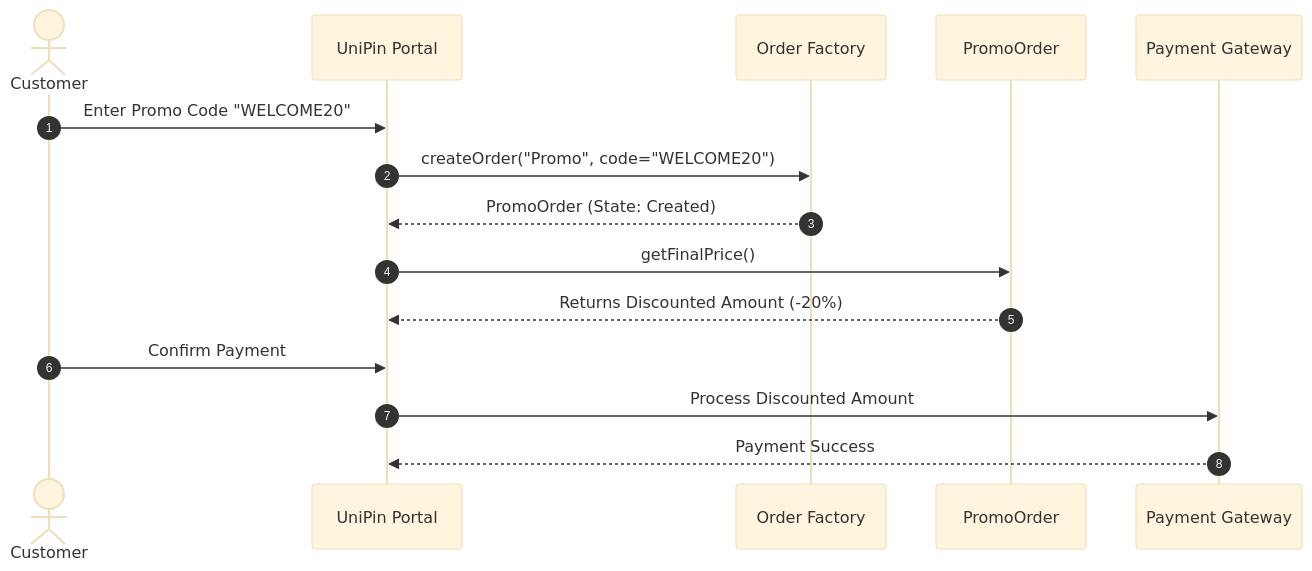
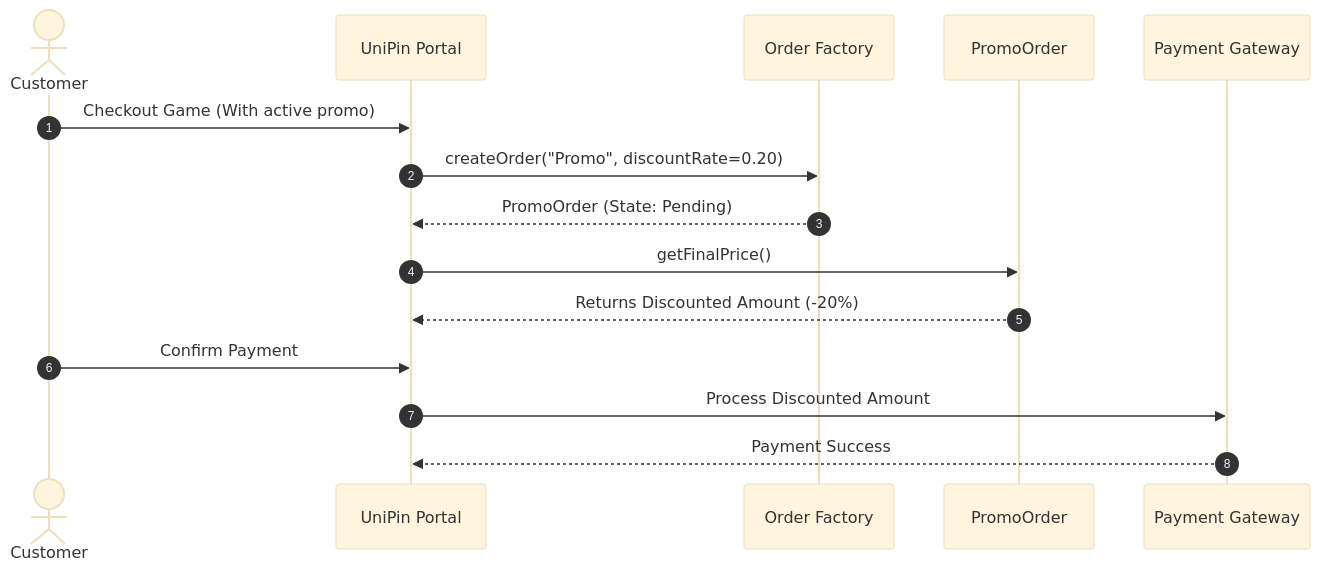
One commit to ROS-RENDO/Unipin-Final changed the fourth of 8 diagrams in Final_UniPin_SDD_Submission.md. Above: the diagram before and after it, drawn with Mermaid (base theme). The commit also changed other lines of this file and 7 other files, not shown here.

````diff
--- a/Final_UniPin_SDD_Submission.md
+++ b/Final_UniPin_SDD_Submission.md
@@ -407,20 +380,20 @@
 ```mermaid
 sequenceDiagram
     autonumber
     actor Customer
     participant Portal as UniPin Portal
     participant OrderFac as Order Factory
     participant Order as PromoOrder
     participant PayGateway as Payment Gateway
 
-    Customer->>Portal: Enter Promo Code "WELCOME20"
-    Portal->>OrderFac: createOrder("Promo", code="WELCOME20")
-    OrderFac-->>Portal: PromoOrder (State: Created)
+    Customer->>Portal: Checkout Game (With active promo)
+    Portal->>OrderFac: createOrder("Promo", discountRate=0.20)
+    OrderFac-->>Portal: PromoOrder (State: Pending)
     
     Portal->>Order: getFinalPrice()
     Order-->>Portal: Returns Discounted Amount (-20%)
     
     Customer->>Portal: Confirm Payment
     Portal->>PayGateway: Process Discounted Amount
     PayGateway-->>Portal: Payment Success
 ```
````
